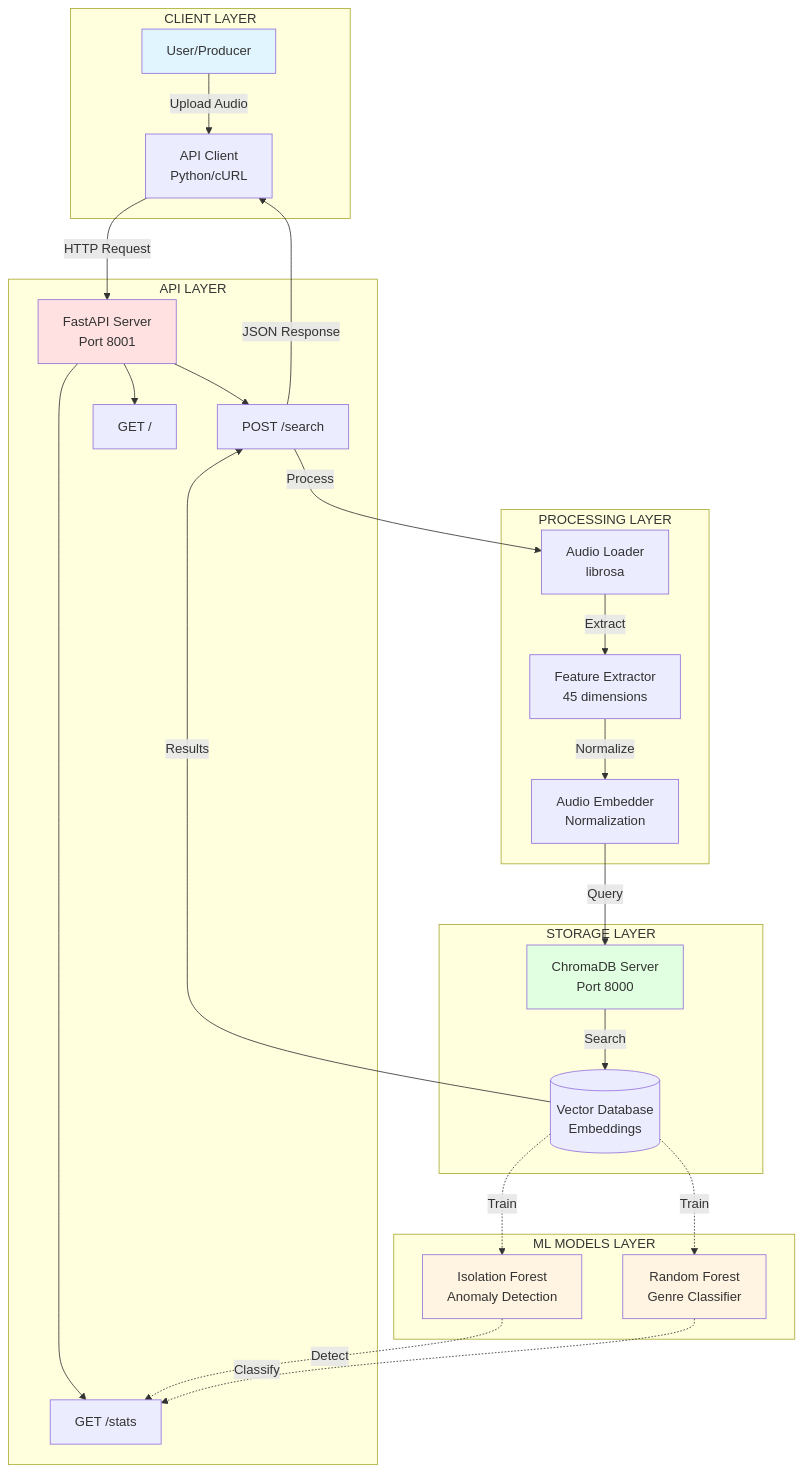
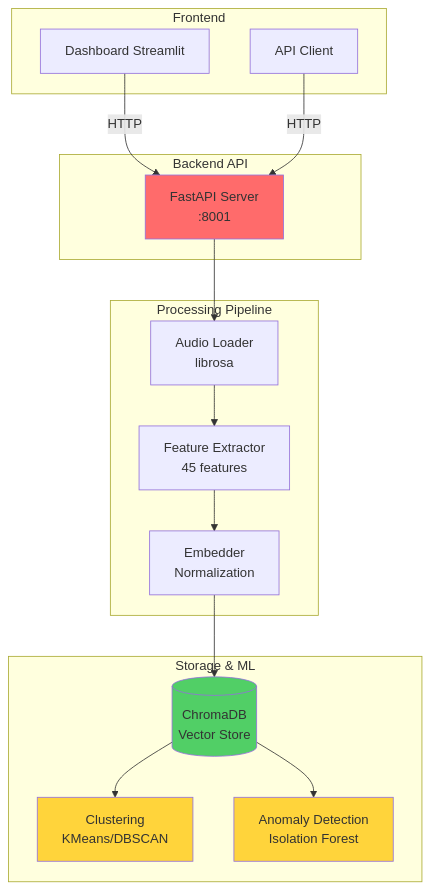
One commit to codeinozzz/data_science changed the first of 3 diagrams in src/README.md. Above: the diagram before and after it, drawn with Mermaid. The commit also changed other lines of this file and 6 other files, not shown here.

````diff
--- a/src/README.md
+++ b/src/README.md
@@ -52,56 +21,37 @@
 ```mermaid
 graph TB
-    subgraph "CLIENT LAYER"
-        A[User/Producer]
-        B[API Client<br/>Python/cURL]
+    subgraph "Frontend"
+        A[Dashboard Streamlit]
+        B[API Client]
     end
 
-    subgraph "API LAYER"
-        C[FastAPI Server<br/>Port 8001]
-        C1[POST /search]
-        C2[GET /stats]
-        C3[GET /]
+    subgraph "Backend API"
+        C[FastAPI Server<br/>:8001]
     end
 
-    subgraph "PROCESSING LAYER"
+    subgraph "Processing Pipeline"
         D[Audio Loader<br/>librosa]
-        E[Feature Extractor<br/>45 dimensions]
-        F[Audio Embedder<br/>Normalization]
+        E[Feature Extractor<br/>45 features]
+        F[Embedder<br/>Normalization]
     end
 
-    subgraph "STORAGE LAYER"
-        G[ChromaDB Server<br/>Port 8000]
-        H[(Vector Database<br/>Embeddings)]
+    subgraph "Storage & ML"
+        G[(ChromaDB<br/>Vector Store)]
+        H[Clustering<br/>KMeans/DBSCAN]
+        I[Anomaly Detection<br/>Isolation Forest]
     end
 
-    subgraph "ML MODELS LAYER"
-        I[Isolation Forest<br/>Anomaly Detection]
-        J[Random Forest<br/>Genre Classifier]
-    end
+    A -->|HTTP| C
+    B -->|HTTP| C
+    C --> D
+    D --> E
+    E --> F
+    F --> G
+    G --> H
+    G --> I
 
-    A -->|Upload Audio| B
-    B -->|HTTP Request| C
-    C --> C1
-    C --> C2
-    C --> C3
-
-    C1 -->|Process| D
-    D -->|Extract| E
-    E -->|Normalize| F
-    F -->|Query| G
-    G -->|Search| H
-
-    H -->|Results| C1
-    C1 -->|JSON Response| B
-
-    H -.->|Train| I
-    H -.->|Train| J
-    I -.->|Detect| C2
-    J -.->|Classify| C2
-
-    style A fill:#e1f5ff
-    style C fill:#ffe1e1
-    style G fill:#e1ffe1
-    style I fill:#fff4e1
-    style J fill:#fff4e1
+    style C fill:#ff6b6b
+    style G fill:#51cf66
+    style H fill:#ffd43b
+    style I fill:#ffd43b
 ```
````
